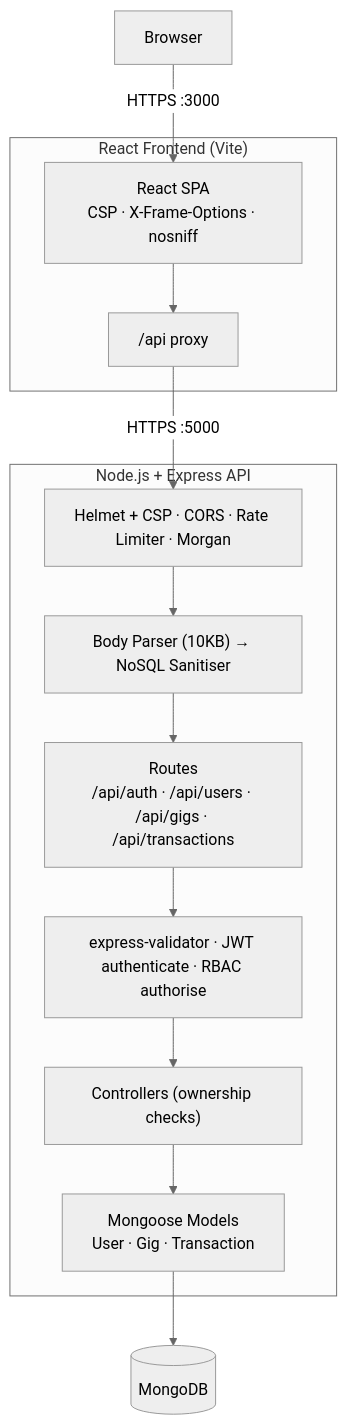
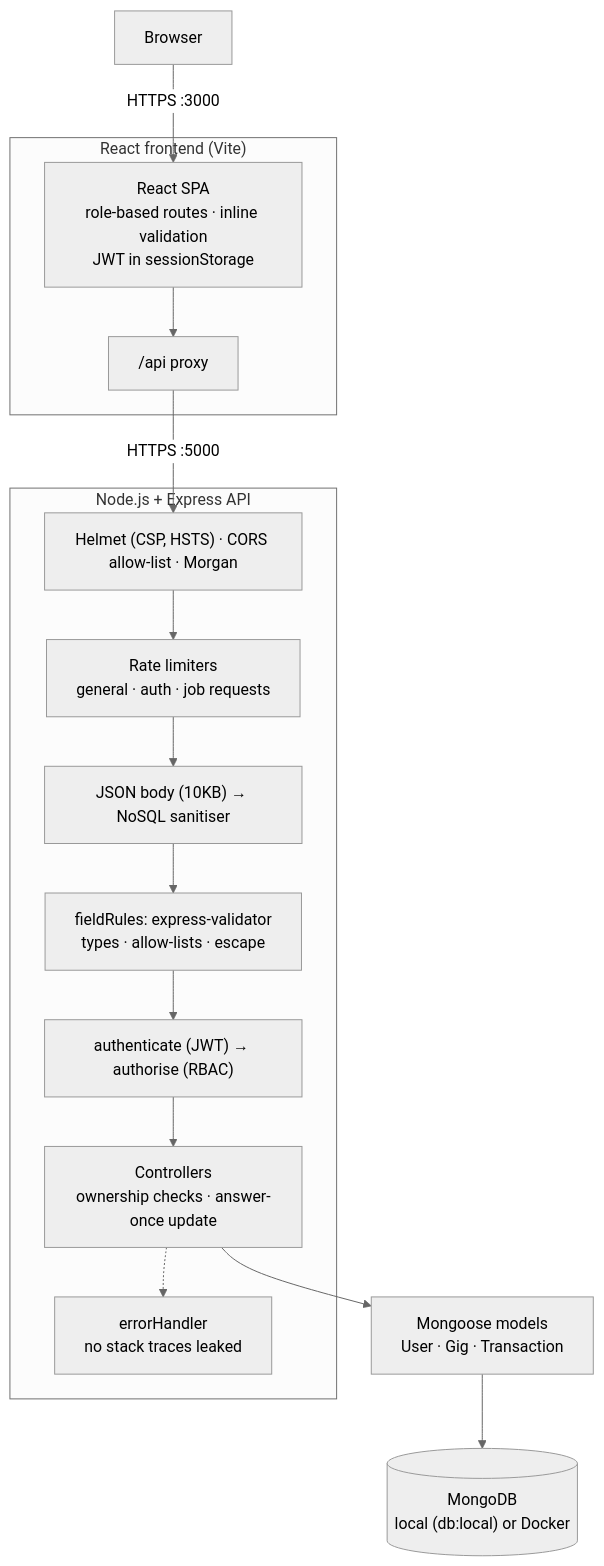
Before and after one commit to msa1105/INSY7314-POE: the first of 3 diagrams in README.md, drawn with Mermaid (neutral theme). The commit also changed other lines of this file and 2 other files, not shown here.

First line of the commit message:
docs(readme): update architecture diagrams and add in-text citations

````diff
--- a/README.md
+++ b/README.md
@@ -65,24 +67,27 @@
 ```mermaid
 flowchart TD
-    Browser["Browser"]
-    Browser -->|"HTTPS :3000"| React
+    Browser["Browser"] -->|"HTTPS :3000"| SPA
 
-    subgraph Frontend["React Frontend (Vite)"]
-        React["React SPA\nCSP · X-Frame-Options · nosniff"]
+    subgraph Frontend["React frontend (Vite)"]
+        SPA["React SPA<br/>role-based routes · inline validation<br/>JWT in sessionStorage"]
         Proxy["/api proxy"]
-        React --> Proxy
+        SPA --> Proxy
     end
 
-    Proxy -->|"HTTPS :5000"| SecurityLayer
+    Proxy -->|"HTTPS :5000"| Headers
 
-    subgraph Backend["Node.js + Express API"]
-        SecurityLayer["Helmet + CSP · CORS · Rate Limiter · Morgan"]
-        SecurityLayer --> Parser["Body Parser (10KB) → NoSQL Sanitiser"]
-        Parser --> Routes["Routes\n/api/auth · /api/users · /api/gigs · /api/transactions"]
-        Routes --> MW["express-validator · JWT authenticate · RBAC authorise"]
-        MW --> Controllers["Controllers (ownership checks)"]
-        Controllers --> Models["Mongoose Models\nUser · Gig · Transaction"]
+    subgraph API["Node.js + Express API"]
+        Headers["Helmet (CSP, HSTS) · CORS allow-list · Morgan"]
+        Limit["Rate limiters<br/>general · auth · job requests"]
+        Body["JSON body (10KB) → NoSQL sanitiser"]
+        Rules["fieldRules: express-validator<br/>types · allow-lists · escape"]
+        Auth["authenticate (JWT) → authorise (RBAC)"]
+        Ctrl["Controllers<br/>ownership checks · answer-once update"]
+        Errors["errorHandler<br/>no stack traces leaked"]
+        Headers --> Limit --> Body --> Rules --> Auth --> Ctrl
+        Ctrl -.-> Errors
     end
 
-    Models --> MongoDB[("MongoDB")]
+    Ctrl --> Models["Mongoose models<br/>User · Gig · Transaction"]
+    Models --> DB[("MongoDB<br/>local (db:local) or Docker")]
 ```
````
